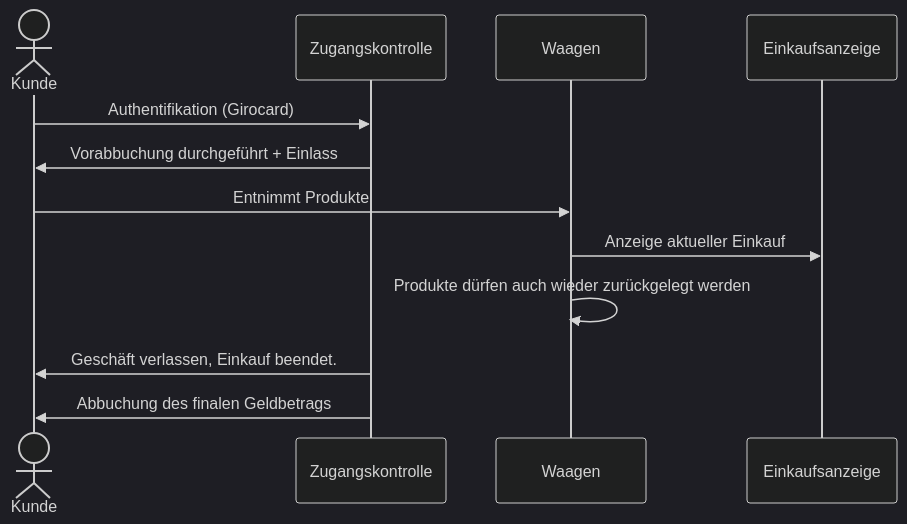
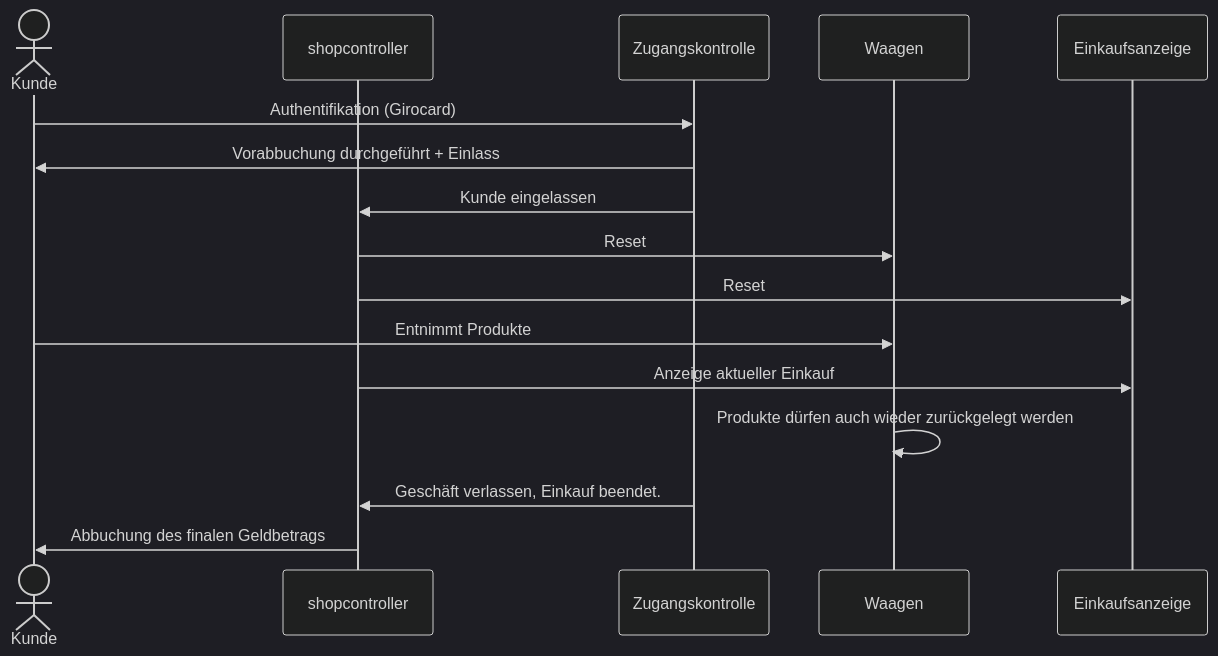
Before and after one commit to pbotte/zeitlos: the first of 2 diagrams in ablauf.md, drawn with Mermaid (dark theme).

````diff
--- a/ablauf.md
+++ b/ablauf.md
@@ -3,14 +3,18 @@
 ```mermaid
 sequenceDiagram
     actor Kunde
+    participant shopcontroller
     participant Zugangskontrolle
     participant Waagen
     participant Einkaufsanzeige
     Kunde->>Zugangskontrolle: Authentifikation (Girocard)
     Zugangskontrolle->>Kunde: Vorabbuchung durchgeführt + Einlass
+    Zugangskontrolle->>shopcontroller: Kunde eingelassen
+    shopcontroller->>Waagen: Reset
+    shopcontroller->>Einkaufsanzeige: Reset
     Kunde->>Waagen: Entnimmt Produkte
-    Waagen->>Einkaufsanzeige: Anzeige aktueller Einkauf
+    shopcontroller->>Einkaufsanzeige: Anzeige aktueller Einkauf
     Waagen->>Waagen: Produkte dürfen auch wieder zurückgelegt werden
-    Zugangskontrolle->>Kunde: Geschäft verlassen, Einkauf beendet.
-    Zugangskontrolle->>Kunde: Abbuchung des finalen Geldbetrags
+    Zugangskontrolle->>shopcontroller: Geschäft verlassen, Einkauf beendet.
+    shopcontroller->>Kunde: Abbuchung des finalen Geldbetrags
 ```
````
